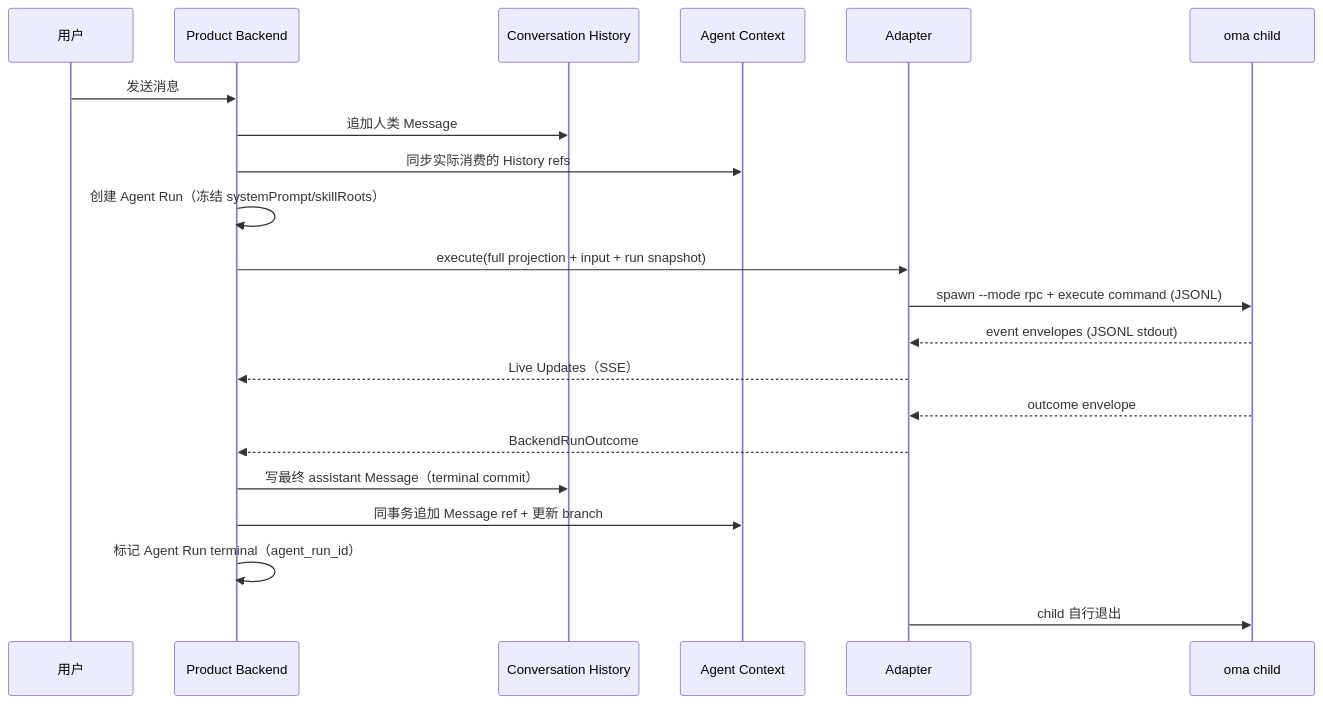
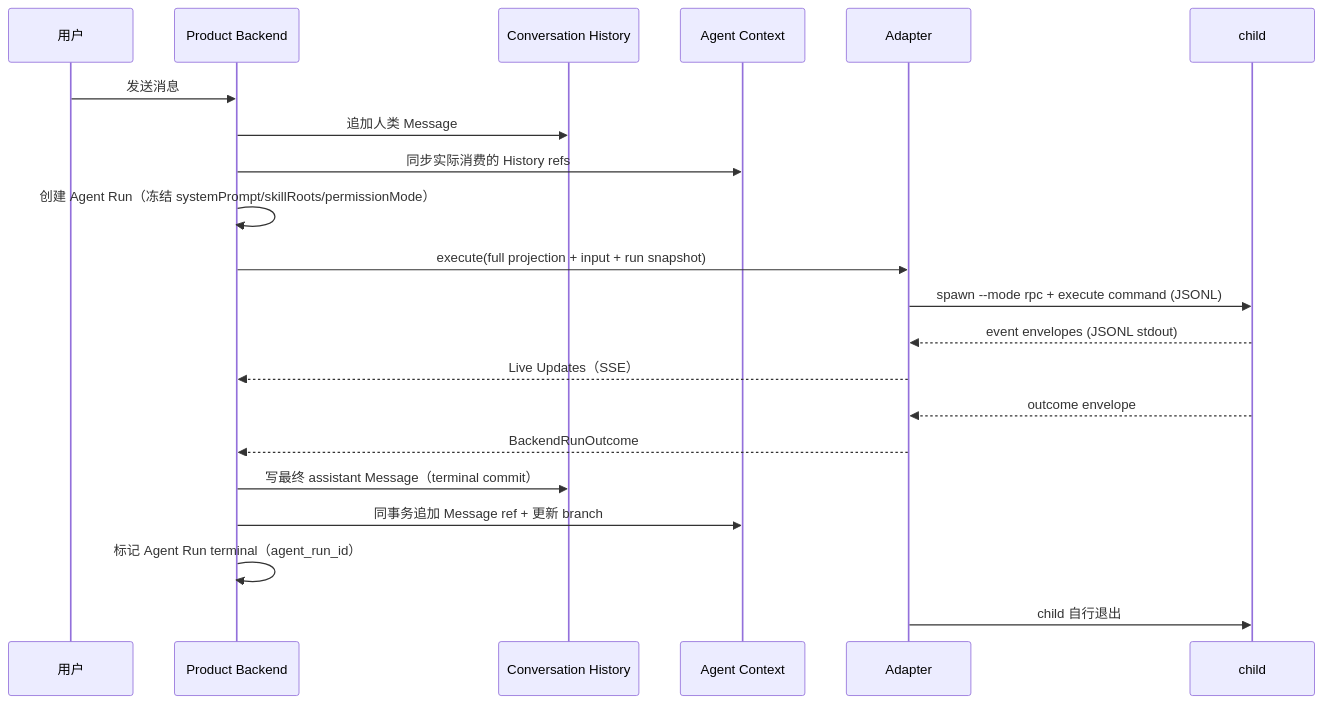
The second of 2 diagrams in docs/architecture/system-overview.md (Chengchcc/my-agent-dev), drawn with Mermaid before and after one commit. The commit also changed other lines of this file and 20 other files, not shown here.

First line of the commit message:
docs(repo): restructure architecture wiki for the workflow era

````diff
--- a/docs/architecture/system-overview.md
+++ b/docs/architecture/system-overview.md
@@ -139,24 +151,24 @@
 ```mermaid
 sequenceDiagram
   participant U as 用户
   participant P as Product Backend
   participant H as Conversation History
   participant C as Agent Context
   participant A as Adapter
-  participant K as oma child
+  participant K as child
 
   U->>P: 发送消息
   P->>H: 追加人类 Message
   P->>C: 同步实际消费的 History refs
-  P->>P: 创建 Agent Run（冻结 systemPrompt/skillRoots）
+  P->>P: 创建 Agent Run（冻结 systemPrompt/skillRoots/permissionMode）
   P->>A: execute(full projection + input + run snapshot)
   A->>K: spawn --mode rpc + execute command (JSONL)
   K-->>A: event envelopes (JSONL stdout)
   A-->>P: Live Updates（SSE）
   K-->>A: outcome envelope
   A-->>P: BackendRunOutcome
   P->>H: 写最终 assistant Message（terminal commit）
   P->>C: 同事务追加 Message ref + 更新 branch
   P->>P: 标记 Agent Run terminal（agent_run_id）
   A->>K: child 自行退出
 ```
````
